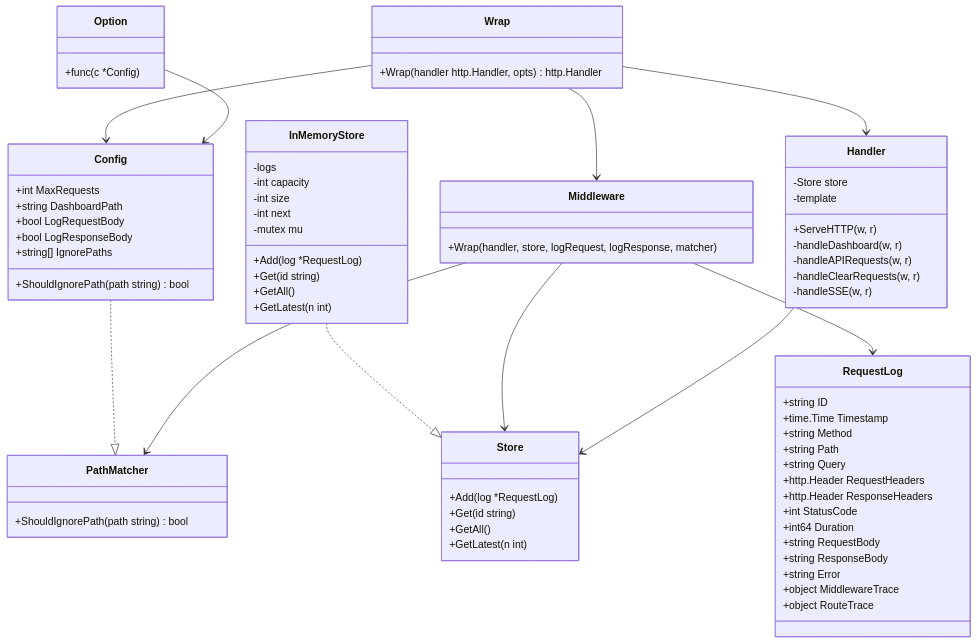
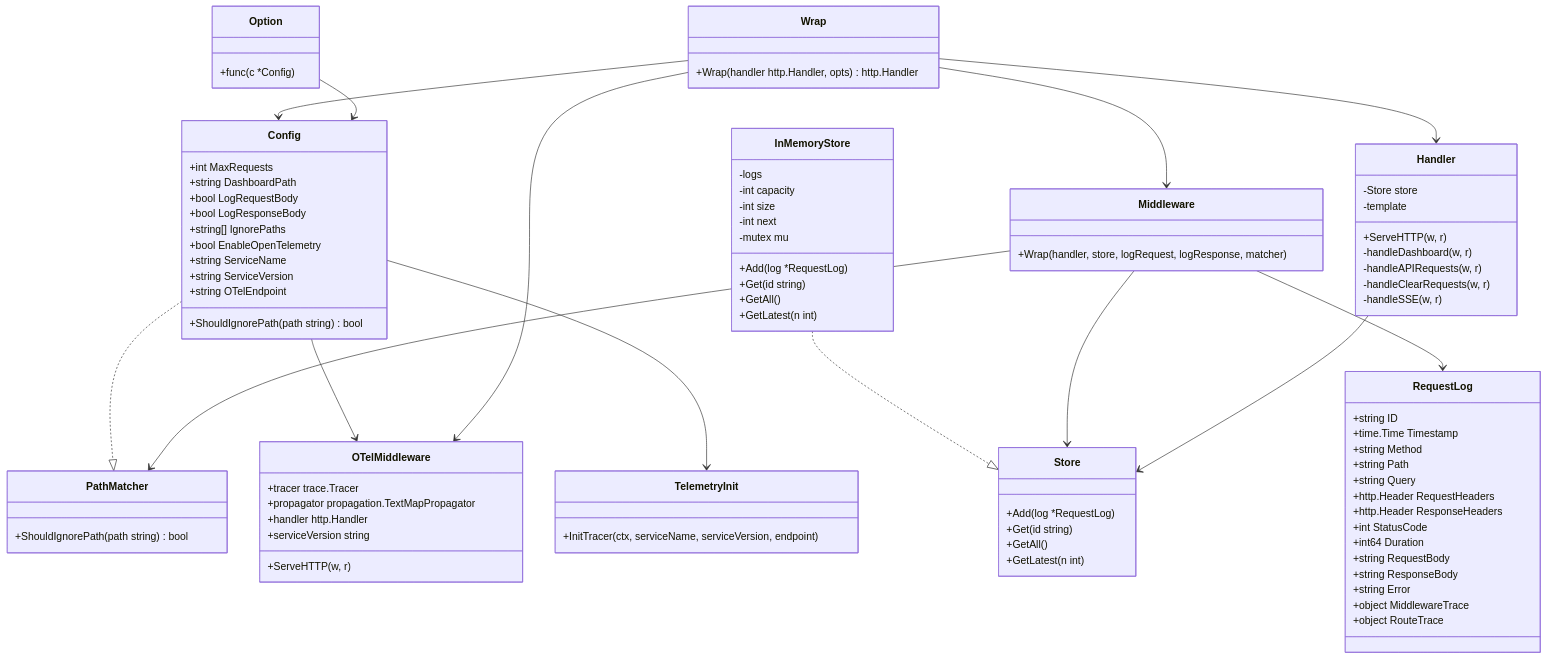
The second of 2 diagrams in docs/LOGIC.md (doganarif/GoVisual), drawn with Mermaid before and after one commit. The commit also changed other lines of this file and 15 other files, not shown here.

Commit message:
Add OpenTelemetry integration for distributed tracing

````diff
--- a/docs/LOGIC.md
+++ b/docs/LOGIC.md
@@ -93,17 +103,21 @@
         +bool LogRequestBody
         +bool LogResponseBody
         +string[] IgnorePaths
+        +bool EnableOpenTelemetry
+        +string ServiceName
+        +string ServiceVersion
+        +string OTelEndpoint
         +ShouldIgnorePath(path string) bool
     }
-    
+
     class Wrap {
         +Wrap(handler http.Handler, opts) http.Handler
     }
-    
+
     class Option {
         +func(c *Config)
     }
-    
+
     class RequestLog {
         +string ID
         +time.Time Timestamp
@@ -120,14 +134,14 @@
         +object MiddlewareTrace
         +object RouteTrace
     }
-    
+
     class Store {
         +Add(log *RequestLog)
         +Get(id string)
         +GetAll()
         +GetLatest(n int)
     }
-    
+
     class InMemoryStore {
         -logs
         -int capacity
@@ -139,7 +153,7 @@
         +GetAll()
         +GetLatest(n int)
     }
-    
+
     class Handler {
         -Store store
         -template
@@ -149,15 +163,27 @@
         -handleClearRequests(w, r)
         -handleSSE(w, r)
     }
-    
+
     class Middleware {
         +Wrap(handler, store, logRequest, logResponse, matcher)
     }
-    
+
     class PathMatcher {
         +ShouldIgnorePath(path string) bool
     }
-    
+
+    class OTelMiddleware {
+        +tracer trace.Tracer
+        +propagator propagation.TextMapPropagator
+        +handler http.Handler
+        +serviceVersion string
+        +ServeHTTP(w, r)
+    }
+
+    class TelemetryInit {
+        +InitTracer(ctx, serviceName, serviceVersion, endpoint)
+    }
+
     Config ..|> PathMatcher
     Wrap --> Config
     Option --> Config
@@ -168,4 +194,7 @@
     Wrap --> Handler
     Wrap --> Middleware
     Middleware --> RequestLog
+    Config --> OTelMiddleware
+    Config --> TelemetryInit
+    Wrap --> OTelMiddleware
 ```
````
